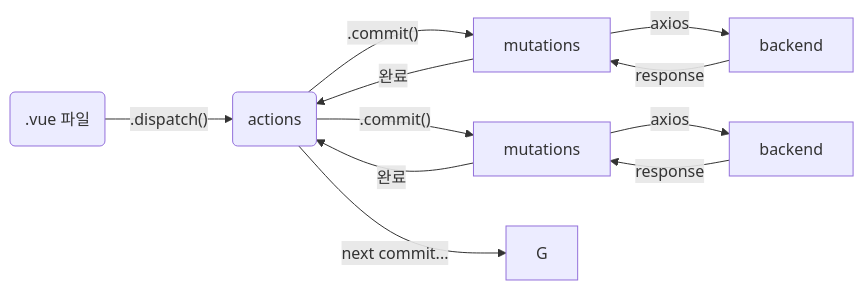
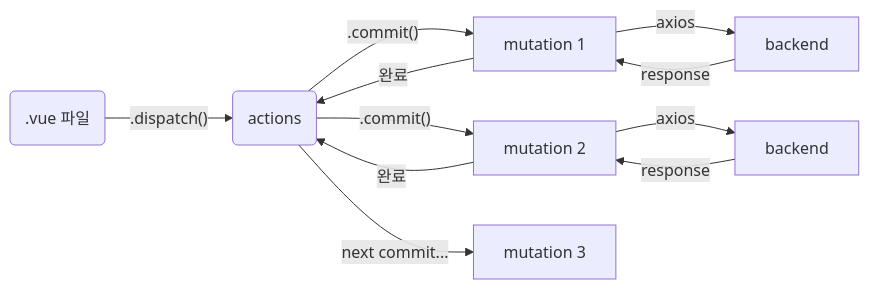
Before and after one commit to colinder/colinder.github.io: the second of 2 diagrams in vue_devinfo/index.md, drawn with Mermaid. The commit also changed 1 other file, not shown here.

Commit message:
Edit 21.08.20 Vue dev log

```diff
--- a/vue_devinfo/index.md
+++ b/vue_devinfo/index.md
@@ -106,13 +106,13 @@
 {{< mermaid >}}
 graph LR;
     A(.vue 파일) -->|".dispatch()"| B(actions)
-    B --> |".commit()"|C[mutations]
+    B --> |".commit()"|C[mutation 1]
     C --> |"axios"|D[backend]
     D --> |"response"|C
     C --> |"완료"|B
-    B --> |".commit()"|E[mutations]
+    B --> |".commit()"|E[mutation 2]
     E --> |"axios"|F[backend]
     F --> |"response"|E
     E --> |"완료"|B
-    B --> |"next commit..."|G
+    B --> |"next commit..."|G[mutation 3]
 {{< /mermaid >}}
```
